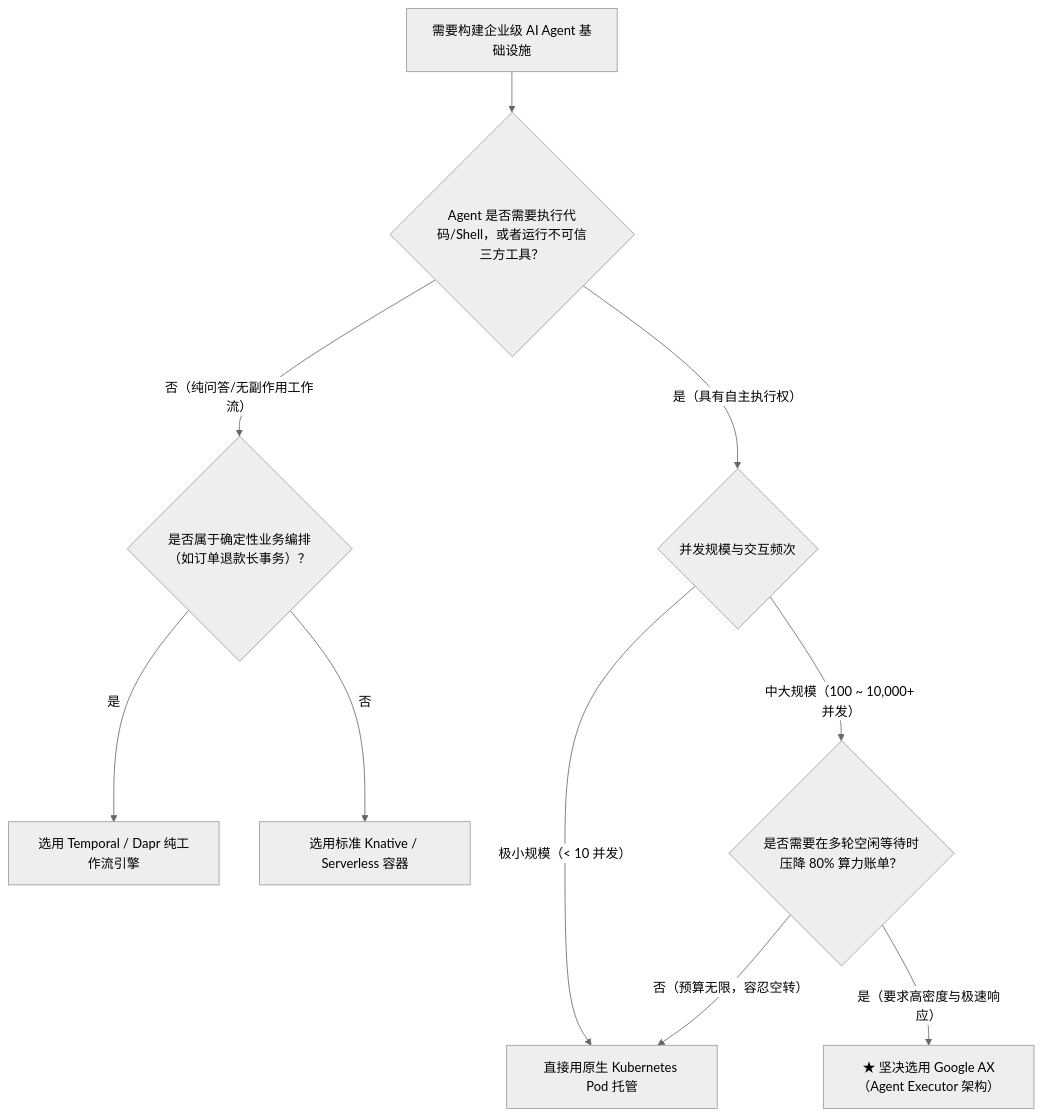
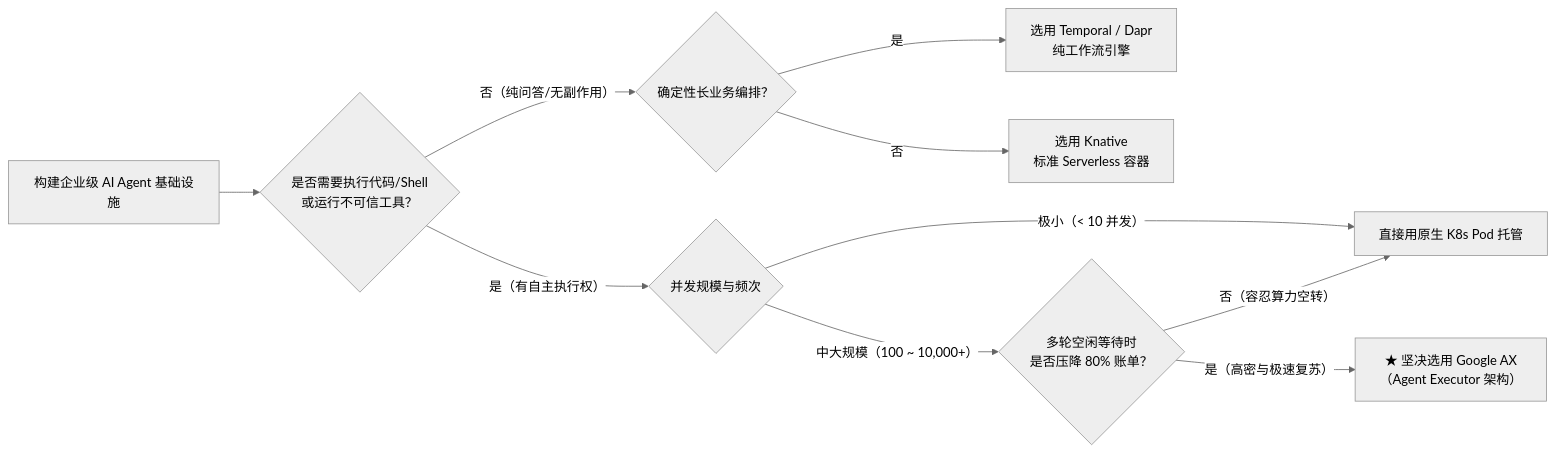
The diagram in content/posts/google-ax/ax-10-model-governance-token-finops-production-tradeoffs.md (MoreConsequence/MoreConsequence.github.io), drawn with Mermaid (neutral theme) before and after one commit. The commit also changed other lines of this file and 835 other files, not shown here.

First line of the commit message:
feat(blog): 全站33篇新增深度专栏与博文全量审核上线及矢量图表优化

````diff
--- a/content/posts/google-ax/ax-10-model-governance-token-finops-production-tradeoffs.md
+++ b/content/posts/google-ax/ax-10-model-governance-token-finops-production-tradeoffs.md
@@ -157,15 +106,15 @@
 ```mermaid
-flowchart TD
-    Start["需要构建企业级 AI Agent 基础设施"] --> Q1{"Agent 是否需要执行代码/Shell，或者运行不可信三方工具？"}
+flowchart LR
+    Start["构建企业级 AI Agent 基础设施"] --> Q1{"是否需要执行代码/Shell<br/>或运行不可信工具？"}
     
-    Q1 -- "否（纯问答/无副作用工作流）" --> Q2{"是否属于确定性业务编排（如订单退款长事务）？"}
-    Q2 -- "是" --> ChooseTemporal["选用 Temporal / Dapr 纯工作流引擎"]
-    Q2 -- "否" --> ChooseKnative["选用标准 Knative / Serverless 容器"]
+    Q1 -- "否（纯问答/无副作用）" --> Q2{"确定性长业务编排？"}
+    Q2 -- "是" --> ChooseTemporal["选用 Temporal / Dapr<br/>纯工作流引擎"]
+    Q2 -- "否" --> ChooseKnative["选用 Knative<br/>标准 Serverless 容器"]
     
-    Q1 -- "是（具有自主执行权）" --> Q3{"并发规模与交互频次"}
-    Q3 -- "极小规模（< 10 并发）" --> ChooseK8s["直接用原生 Kubernetes Pod 托管"]
-    Q3 -- "中大规模（100 ~ 10,000+ 并发）" --> Q4{"是否需要在多轮空闲等待时压降 80% 算力账单？"}
+    Q1 -- "是（有自主执行权）" --> Q3{"并发规模与频次"}
+    Q3 -- "极小（< 10 并发）" --> ChooseK8s["直接用原生 K8s Pod 托管"]
+    Q3 -- "中大规模（100 ~ 10,000+）" --> Q4{"多轮空闲等待时<br/>是否压降 80% 账单？"}
     
-    Q4 -- "否（预算无限，容忍空转）" --> ChooseK8s
-    Q4 -- "是（要求高密度与极速响应）" --> FinalChoose["★ 坚决选用 Google AX（Agent Executor 架构）"]
+    Q4 -- "否（容忍算力空转）" --> ChooseK8s
+    Q4 -- "是（高密与极速复苏）" --> FinalChoose["★ 坚决选用 Google AX<br/>（Agent Executor 架构）"]
 ```
````
